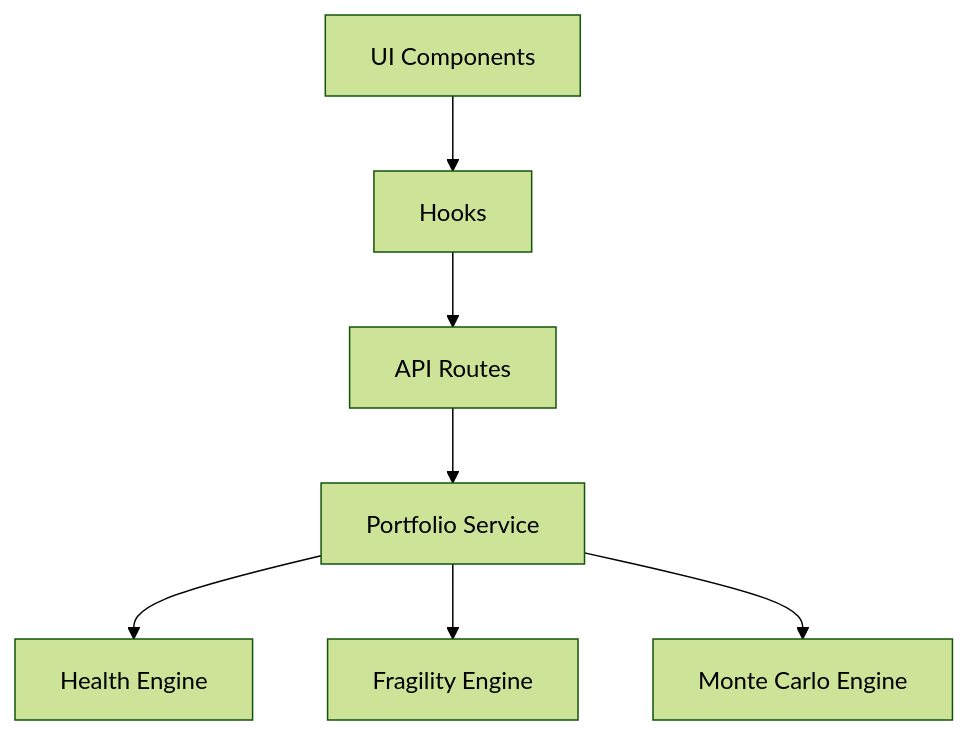
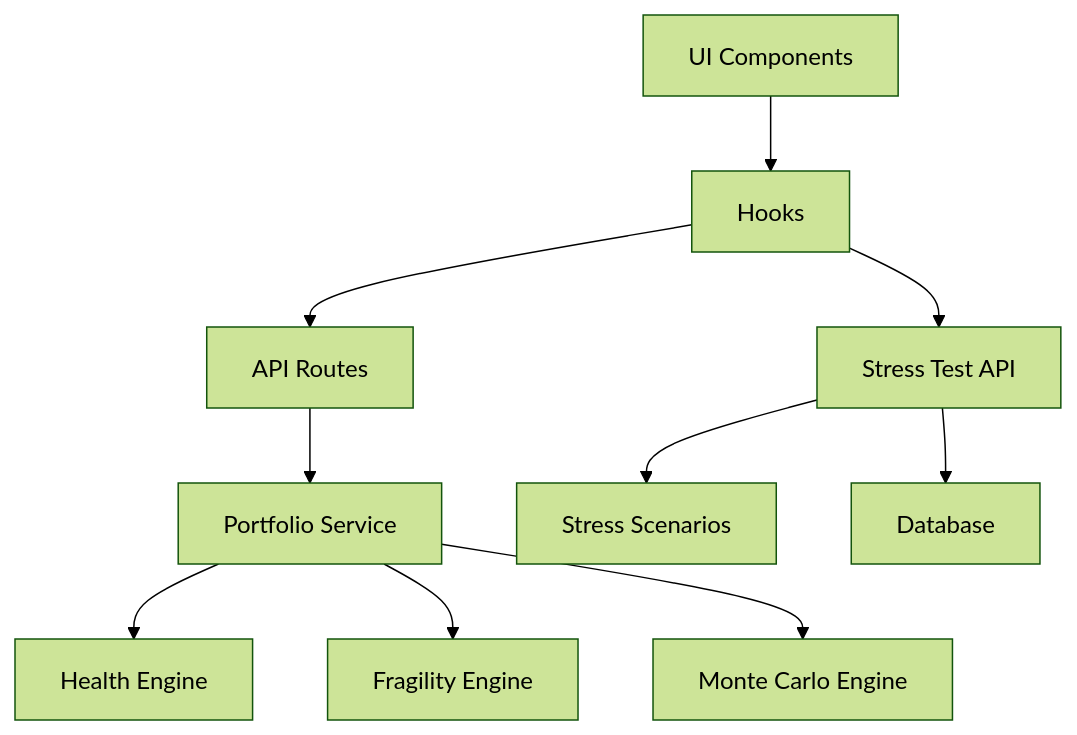
Diagram 12 of 12 in .qoder/repowiki/en/content/Core Features/Portfolio Management/Portfolio Management.md (ecryptoguru/lyraalpha), drawn with Mermaid (forest theme) before and after one commit. The commit also changed other lines of this file and 95 other files, not shown here.

````diff
--- a/.qoder/repowiki/en/content/Core Features/Portfolio Management/Portfolio Management.md
+++ b/.qoder/repowiki/en/content/Core Features/Portfolio Management/Portfolio Management.md
@@ -365,9 +487,12 @@
 ```mermaid
 graph TB
 API["API Routes"] --> Service["Portfolio Service"]
 Service --> HealthEngine["Health Engine"]
 Service --> FragEngine["Fragility Engine"]
 Service --> MC["Monte Carlo Engine"]
+StressAPI["Stress Test API"] --> StressScenarios["Stress Scenarios"]
+StressAPI --> DB["Database"]
 Hooks["Hooks"] --> API
+Hooks --> StressAPI
 UI["UI Components"] --> Hooks
 ```
````
